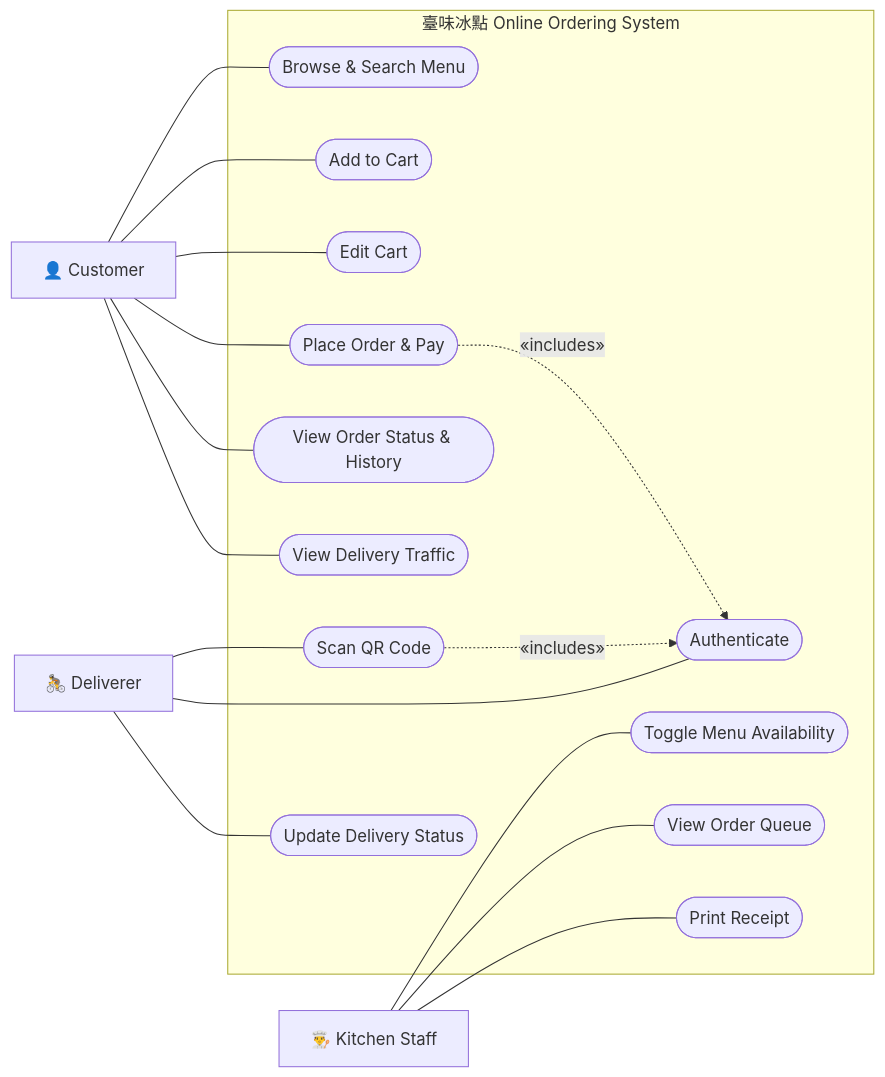
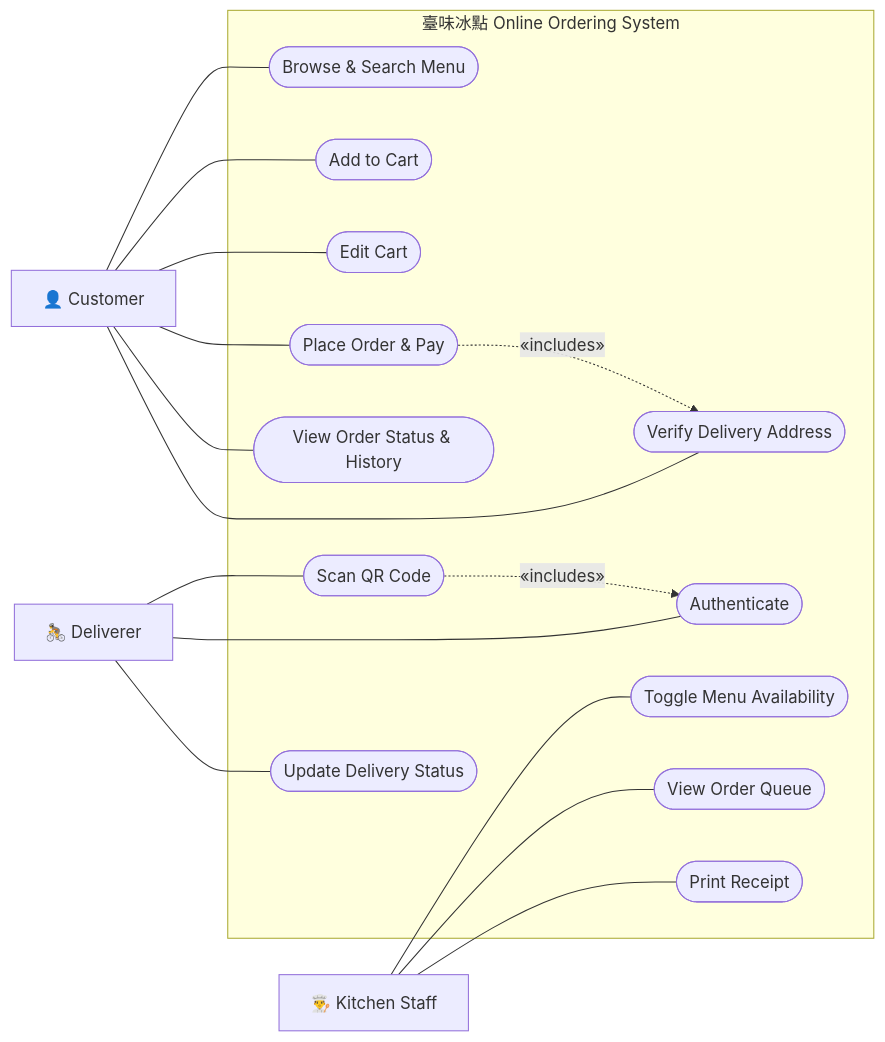
The first of 3 diagrams in frontend/pages/restaurant/SHORTDIA.md (HKPooPoo/My_CLI_Re), drawn with Mermaid before and after one commit. The commit also changed other lines of this file, not shown here.

````diff
--- a/frontend/pages/restaurant/SHORTDIA.md
+++ b/frontend/pages/restaurant/SHORTDIA.md
@@ -7,41 +7,41 @@
 ```mermaid
 flowchart LR
     Customer["👤 Customer"]
     Kitchen["👨‍🍳 Kitchen Staff"]
     Deliverer["🚴 Deliverer"]
 
     subgraph System["臺味冰點 Online Ordering System"]
         UC1(["Browse & Search Menu"])
         UC2(["Add to Cart"])
         UC3(["Edit Cart"])
         UC4(["Place Order & Pay"])
         UC5(["View Order Status & History"])
-        UC6(["View Delivery Traffic"])
+        UC6(["Verify Delivery Address"])
 
         UC7(["Toggle Menu Availability"])
         UC8(["View Order Queue"])
         UC9(["Print Receipt"])
 
         UC10(["Scan QR Code"])
         UC11(["Authenticate"])
         UC12(["Update Delivery Status"])
     end
 
     Customer --- UC1
     Customer --- UC2
     Customer --- UC3
     Customer --- UC4
     Customer --- UC5
     Customer --- UC6
 
     Kitchen --- UC7
     Kitchen --- UC8
     Kitchen --- UC9
 
     Deliverer --- UC10
     Deliverer --- UC11
     Deliverer --- UC12
 
-    UC4 -.->|"«includes»"| UC11
+    UC4 -.->|"«includes»"| UC6
     UC10 -.->|"«includes»"| UC11
 ```
````
